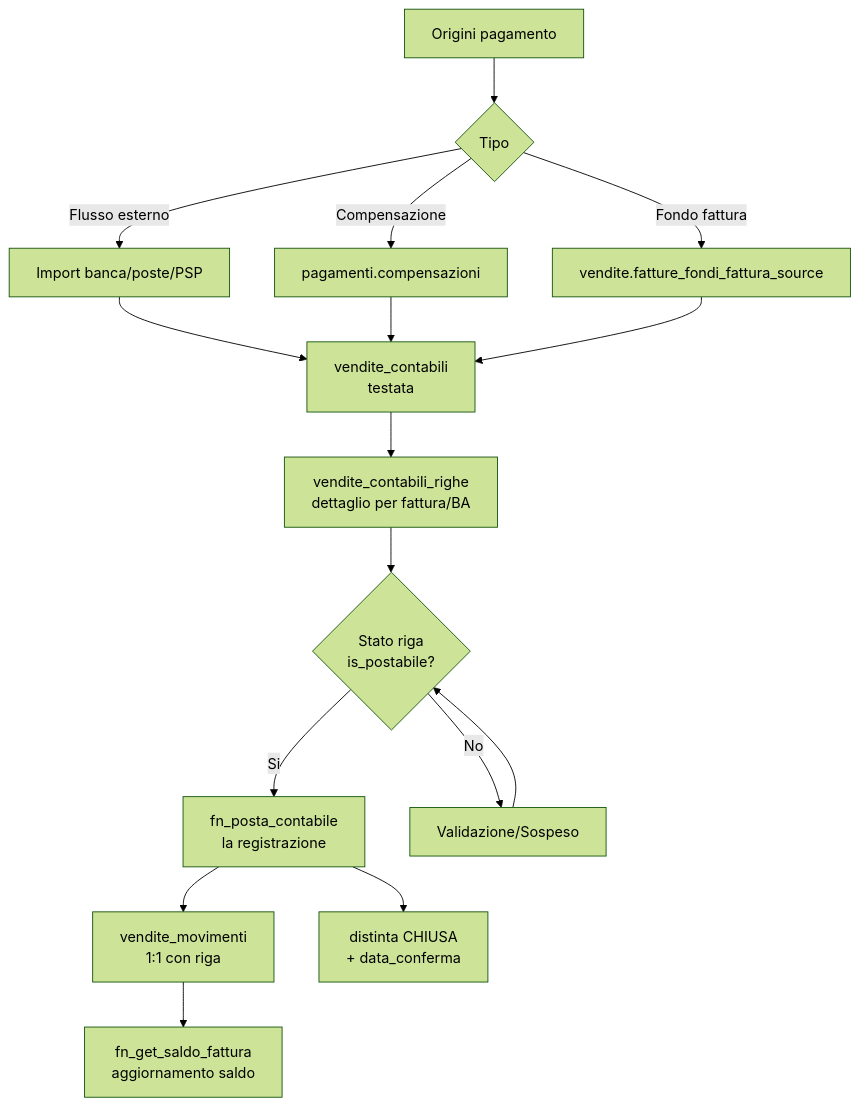
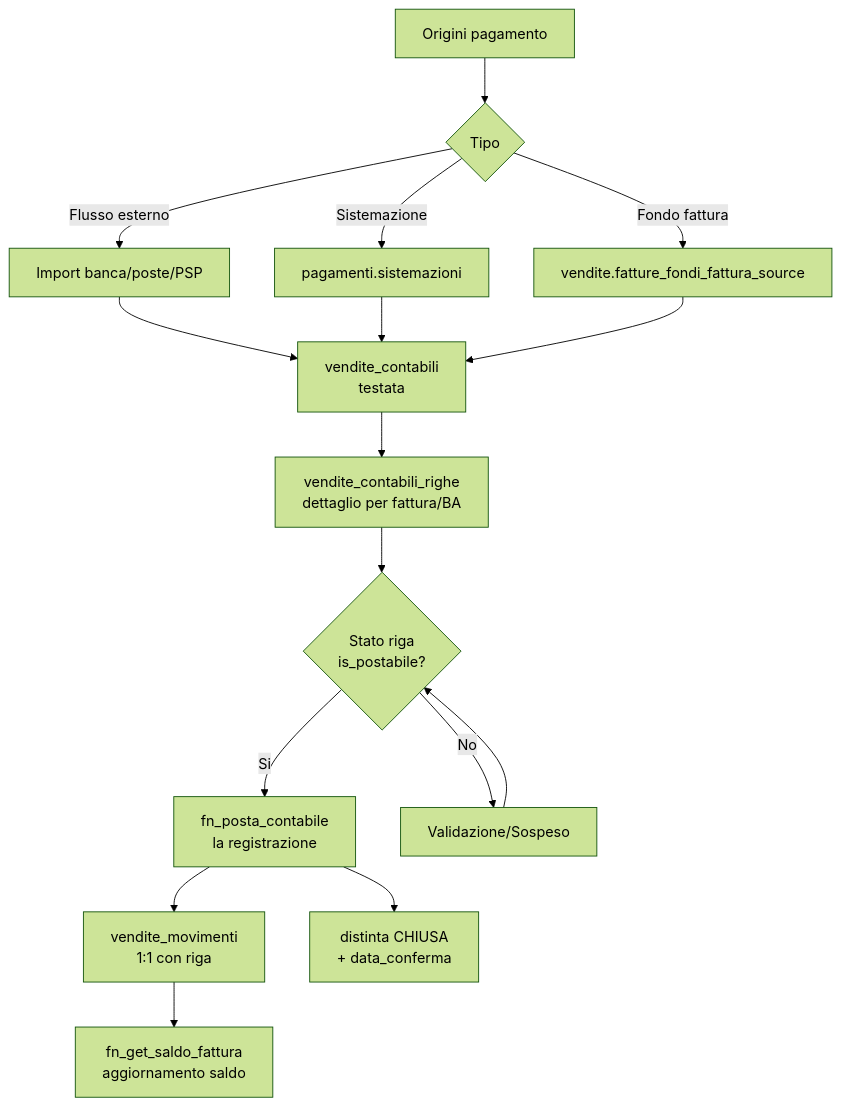
Before and after one commit to Tito-it/ZeroErp: the first of 3 diagrams in docs/it/guide/gestione-dei-pagamenti.md, drawn with Mermaid (forest theme). The commit also changed other lines of this file and 72 other files, not shown here.

````diff
--- a/docs/it/guide/gestione-dei-pagamenti.md
+++ b/docs/it/guide/gestione-dei-pagamenti.md
@@ -1065,18 +1082,18 @@
 ```mermaid
 flowchart TD
   A[Origini pagamento] --> B{Tipo}
   B -->|Flusso esterno| C[Import banca/poste/PSP]
-  B -->|Compensazione| D[pagamenti.compensazioni]
+  B -->|Sistemazione| D[pagamenti.sistemazioni]
   B -->|Fondo fattura| E[vendite.fatture_fondi_fattura_source]
   C --> F[vendite_contabili<br/>testata]
   D --> F
   E --> F
   F --> G[vendite_contabili_righe<br/>dettaglio per fattura/BA]
   G --> H{Stato riga<br/>is_postabile?}
   H -->|Si| I[fn_posta_contabile<br/>la registrazione]
   H -->|No| J[Validazione/Sospeso]
   J --> H
   I --> K[vendite_movimenti<br/>1:1 con riga]
   I --> M[distinta CHIUSA<br/>+ data_conferma]
   K --> L[fn_get_saldo_fattura<br/>aggiornamento saldo]
 ```
````
